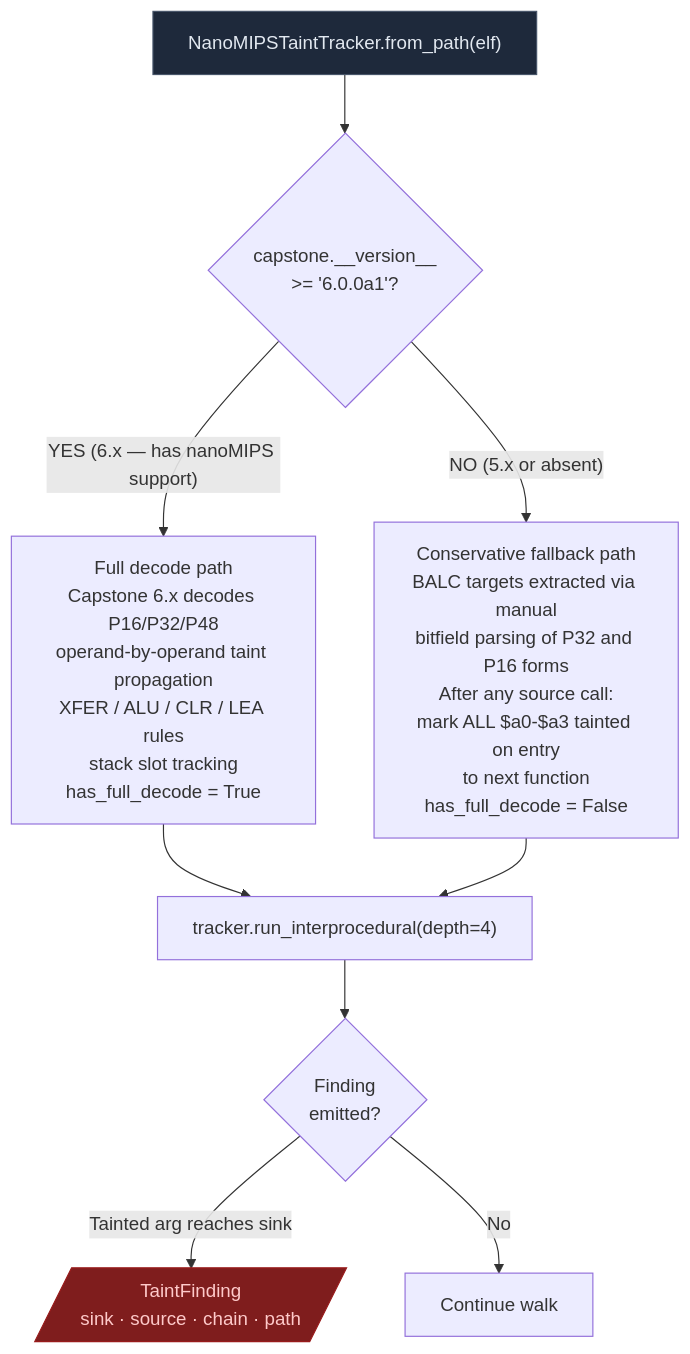
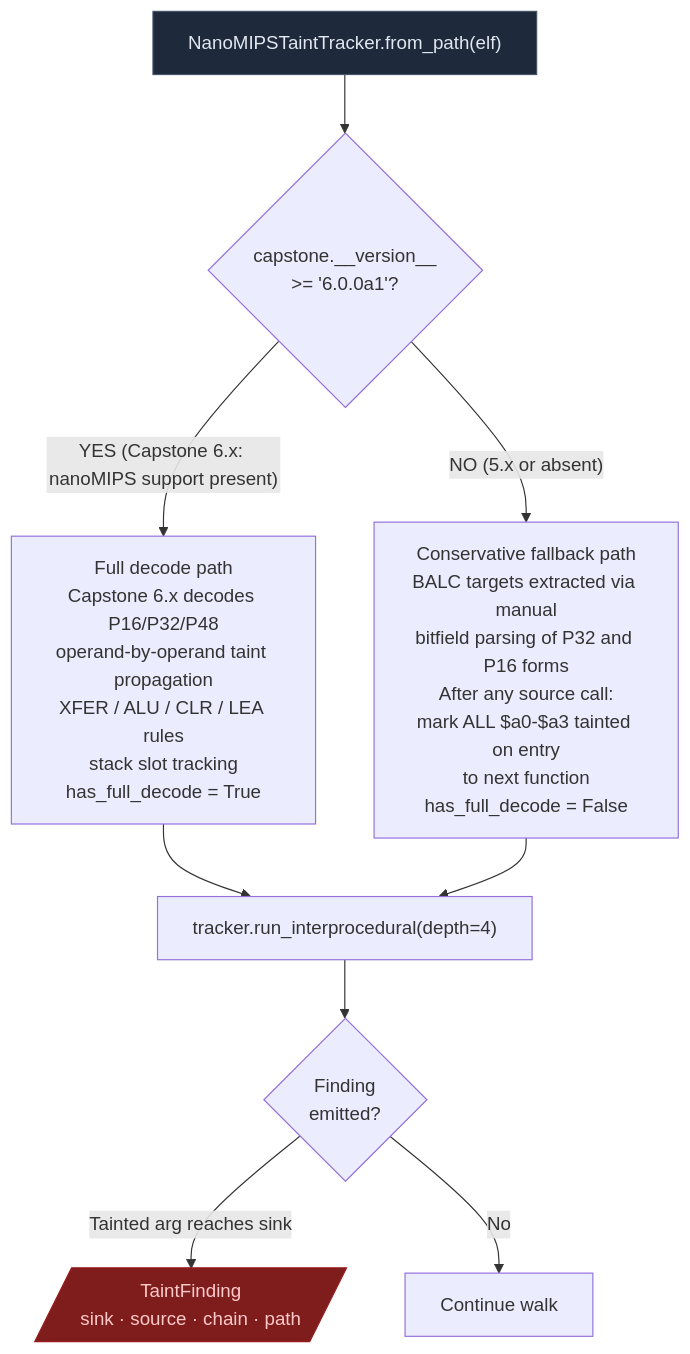
The first of 2 diagrams in docs/module-reference/nanomips.md (Ablation-Tool/ablation), drawn with Mermaid before and after one commit. The commit also changed 53 other files, not shown here.

````diff
--- a/docs/module-reference/nanomips.md
+++ b/docs/module-reference/nanomips.md
@@ -64,18 +64,18 @@
 ```mermaid
 flowchart TD
     A["NanoMIPSTaintTracker.from_path(elf)"] --> B{"capstone.__version__\n>= '6.0.0a1'?"}
 
-    B -->|"YES (6.x — has nanoMIPS support)"| C["Full decode path\nCapstone 6.x decodes P16/P32/P48\noperand-by-operand taint propagation\nXFER / ALU / CLR / LEA rules\nstack slot tracking\nhas_full_decode = True"]
+    B -->|"YES (Capstone 6.x: nanoMIPS support present)"| C["Full decode path\nCapstone 6.x decodes P16/P32/P48\noperand-by-operand taint propagation\nXFER / ALU / CLR / LEA rules\nstack slot tracking\nhas_full_decode = True"]
 
     B -->|"NO (5.x or absent)"| D["Conservative fallback path\nBALC targets extracted via manual\nbitfield parsing of P32 and P16 forms\nAfter any source call:\nmark ALL $a0-$a3 tainted on entry\nto next function\nhas_full_decode = False"]
 
     C --> E["tracker.run_interprocedural(depth=4)"]
     D --> E
 
     E --> F{"Finding\nemitted?"}
     F -->|"Tainted arg reaches sink"| G[/"TaintFinding\nsink · source · chain · path"/]
     F -->|No| H["Continue walk"]
 
     style A fill:#1e293b,stroke:#475569,color:#e2e8f0
     style G fill:#7f1d1d,stroke:#991b1b,color:#fecaca
 ```
````
